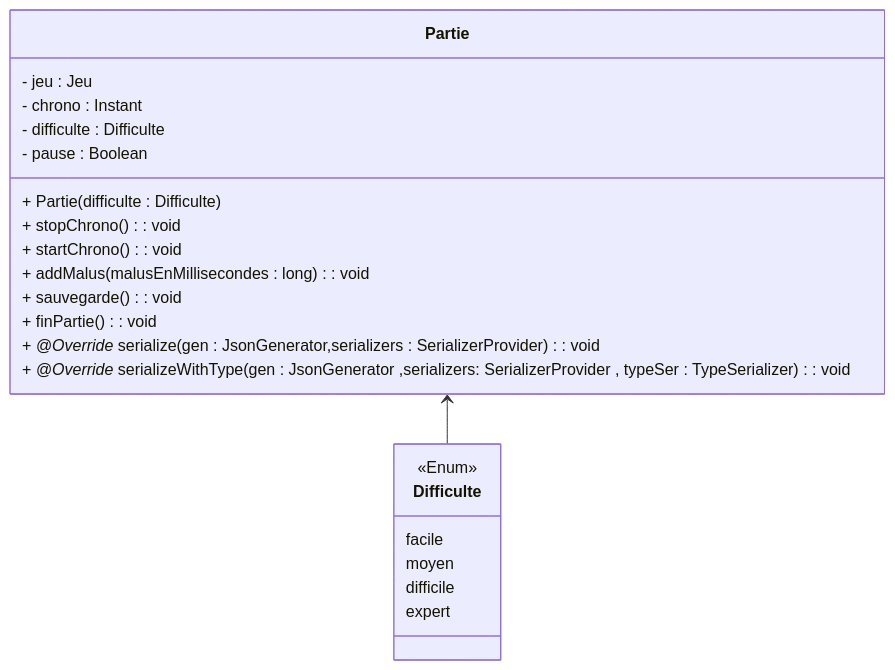
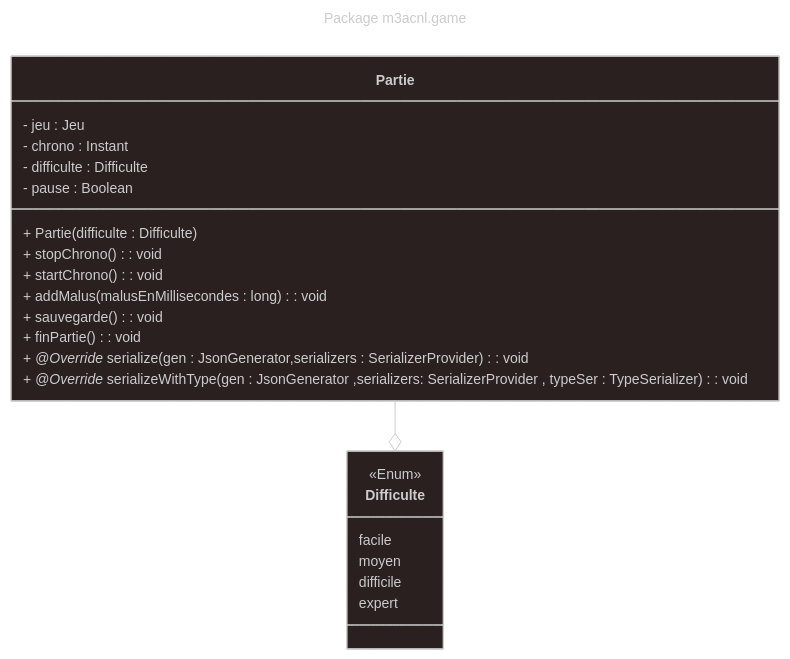
The diagram in DiagrammeClasse/game.mmd (Gr4-M3ACNL/documents), drawn with Mermaid before and after one commit. The commit also changed other lines of this file and 9 other files, not shown here.

Commit message:
docs: diagrame

```diff
--- a/DiagrammeClasse/game.mmd
+++ b/DiagrammeClasse/game.mmd
@@ -1,25 +1,31 @@
+---
+config:
+  theme: neo-dark
+title: Package m3acnl.game
+---
+
 classDiagram
 direction TB
     class Difficulte{
         facile
         moyen
         difficile
         expert
     }
     class Partie{
         - jeu : Jeu
         - chrono : Instant
         - difficulte : Difficulte
         - pause : Boolean
         + Partie(difficulte : Difficulte)
         + stopChrono() : void
         + startChrono() : void
         + addMalus(malusEnMillisecondes : long) : void
         + sauvegarde() : void
         + finPartie() : void
         + *@Override* serialize(gen : JsonGenerator,serializers : SerializerProvider ) : void
         + *@Override* serializeWithType(gen : JsonGenerator ,serializers: SerializerProvider , typeSer : TypeSerializer ) : void
     }
 
 <<Enum>> Difficulte
-Partie <-- Difficulte
+Partie --o Difficulte
```
